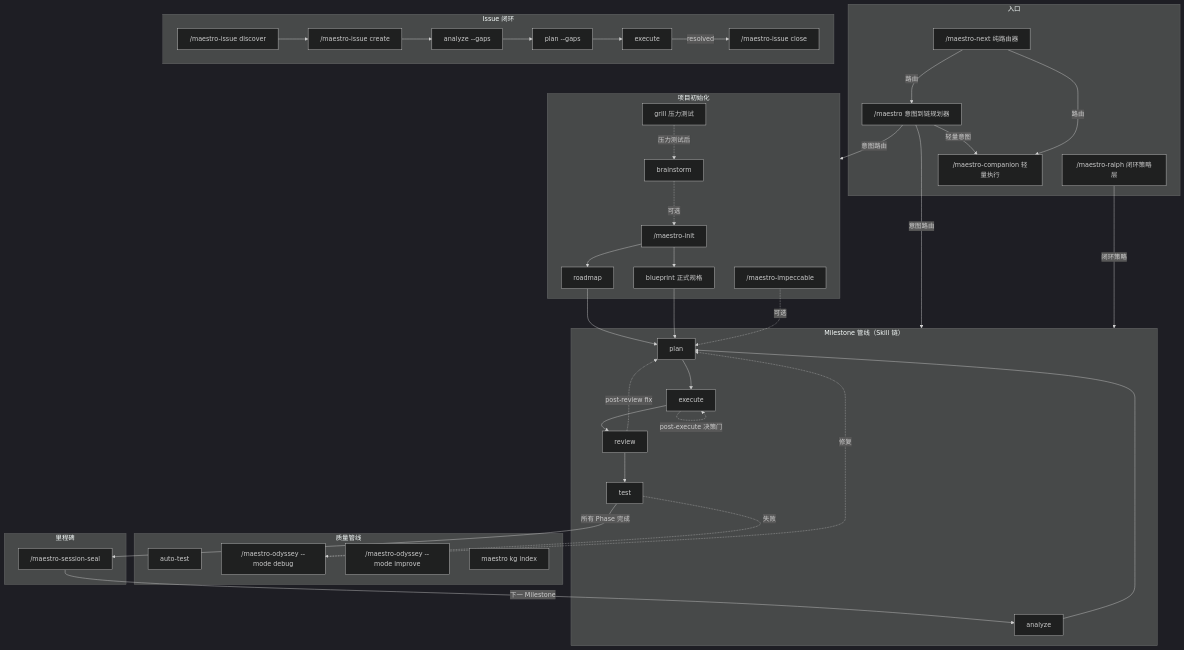
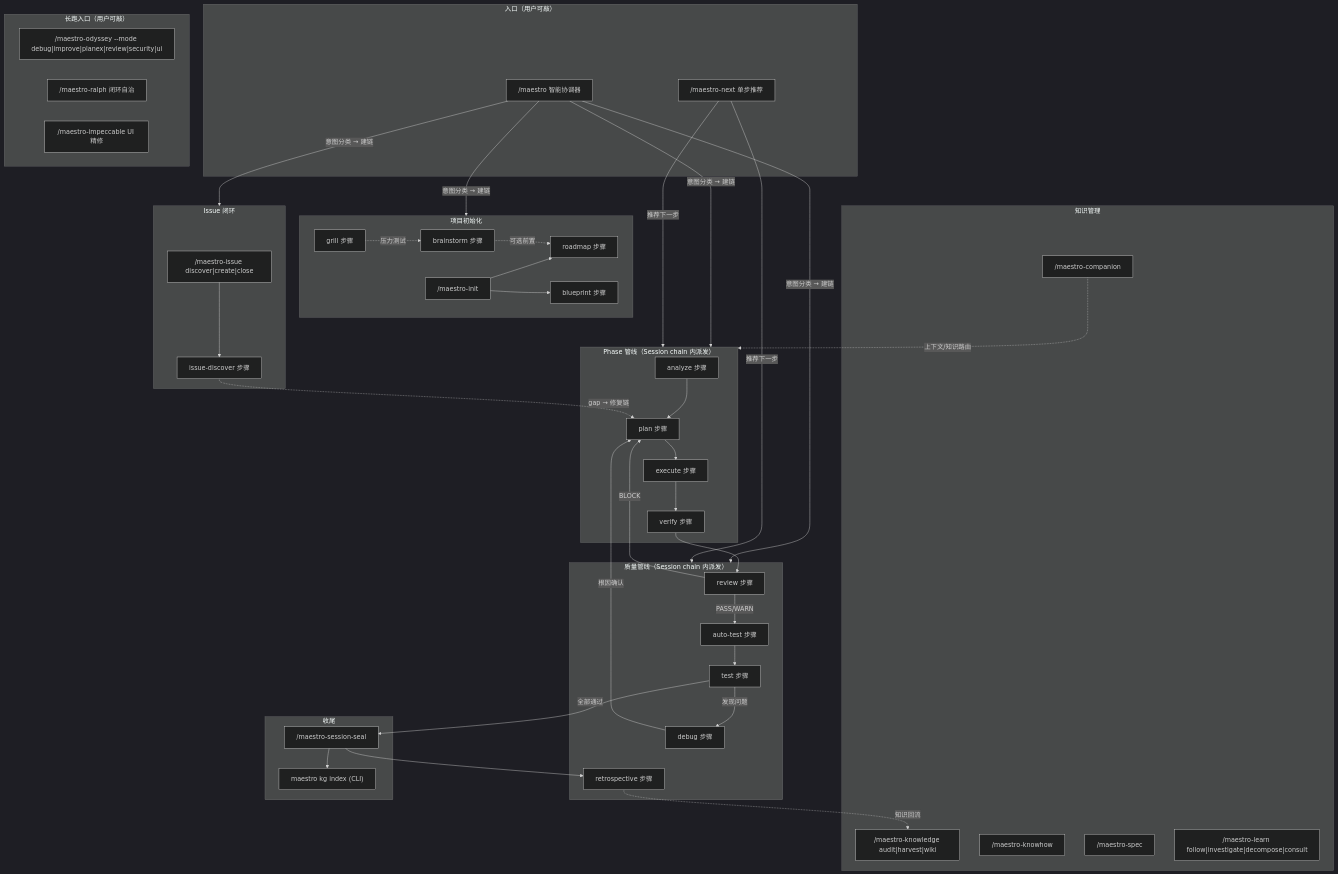
One commit to KatouRyuuji/maestro-flow changed the first of 2 diagrams in docs-site/src/content/docs/guides/command-usage-guide.md. Above: the diagram before and after it, drawn with Mermaid (dark theme). The commit also changed other lines of this file and 618 other files, not shown here.

````diff
--- a/docs-site/src/content/docs/guides/command-usage-guide.md
+++ b/docs-site/src/content/docs/guides/command-usage-guide.md
@@ -32,80 +29,81 @@
 ```mermaid
 graph TB
-    subgraph entry["入口"]
-        M["/maestro 意图到链规划器"]
-        RA["/maestro-ralph 闭环策略层"]
-        NX["/maestro-next 纯路由器"]
-        CP["/maestro-companion 轻量执行"]
+    subgraph entry["入口（用户可敲）"]
+        M["/maestro 智能协调器"]
+        NX["/maestro-next 单步推荐"]
     end
 
-    subgraph init["项目初始化"]
-        BS["brainstorm"]
-        GR["grill 压力测试"]
-        BP["blueprint 正式规格"]
-        INIT["/maestro-init"]
-        RM["roadmap"]
-        UID["/maestro-impeccable"]
+    subgraph campaign["长跑入口（用户可敲）"]
+        OD["/maestro-odyssey --mode debug|improve|planex|review|security|ui"]
+        RA["/maestro-ralph 闭环自治"]
+        IMP["/maestro-impeccable UI 精修"]
     end
 
-    subgraph pipeline["Milestone 管线（Skill 链）"]
-        AN["analyze"]
-        PL["plan"]
-        EX["execute"]
-        RV["review"]
-        TT["test"]
+    subgraph setup["项目初始化"]
+        INIT["/maestro-init"]
+        BSs["brainstorm 步骤"]
+        GRs["grill 步骤"]
+        RMs["roadmap 步骤"]
+        BPs["blueprint 步骤"]
     end
 
-    subgraph quality["质量管线"]
-        QAT["auto-test"]
-        QD["/maestro-odyssey --mode debug"]
-        QRF["/maestro-odyssey --mode improve"]
-        QS["maestro kg index"]
+    subgraph pipeline["Phase 管线（Session chain 内派发）"]
+        ANs["analyze 步骤"]
+        PLs["plan 步骤"]
+        EXs["execute 步骤"]
+        VFs["verify 步骤"]
+    end
+
+    subgraph quality["质量管线（Session chain 内派发）"]
+        RVs["review 步骤"]
+        ATs["auto-test 步骤"]
+        TSs["test 步骤"]
+        DBs["debug 步骤"]
+        RTs["retrospective 步骤"]
     end
 
     subgraph issue["Issue 闭环"]
-        ID["/maestro-issue discover"]
-        IC["/maestro-issue create"]
-        IA["analyze --gaps"]
-        IP["plan --gaps"]
-        IE["execute"]
-        ICL["/maestro-issue close"]
+        ISS["/maestro-issue discover|create|close"]
+        IDs["issue-discover 步骤"]
     end
 
-    subgraph milestone["里程碑"]
-        MA["/maestro-session-seal"]
+    subgraph knowledge["知识管理"]
+        CP["/maestro-companion"]
+        KN["/maestro-knowledge audit|harvest|wiki"]
+        KH["/maestro-knowhow"]
+        SP["/maestro-spec"]
+        LN["/maestro-learn follow|investigate|decompose|consult"]
     end
 
-    M -->|意图路由| init
-    M -->|意图路由| pipeline
-    M -->|轻量意图| CP
-    RA -->|闭环策略| pipeline
-    NX -->|路由| M
-    NX -->|路由| CP
-    GR -.->|压力测试后| BS
+    subgraph seal["收尾"]
+        SL["/maestro-session-seal"]
+        KGI["maestro kg index (CLI)"]
+    end
 
-    BS -.->|可选| INIT
-    INIT --> RM
-    INIT --> BP
-    RM --> PL
-    BP --> PL
-    UID -.->|可选| PL
+    M -->|意图分类 → 建链| setup
+    M -->|意图分类 → 建链| pipeline
+    M -->|意图分类 → 建链| quality
+    M -->|意图分类 → 建链| issue
+    NX -->|推荐下一步| pipeline
+    NX -->|推荐下一步| quality
 
-    AN --> PL
-    PL --> EX
-    EX --> RV
-    RV --> TT
-    TT -->|所有 Phase 完成| MA
+    INIT --> RMs
+    INIT --> BPs
+    BSs -.->|可选前置| RMs
+    GRs -.->|压力测试| BSs
 
-    EX -.->|"post-execute 决策门"| EX
-    RV -.->|"post-review fix"| PL
-    TT -.->|"失败"| QD
-    QD -.->|"修复"| PL
+    ANs --> PLs --> EXs --> VFs
+    VFs --> RVs
+    RVs -->|PASS/WARN| ATs --> TSs
+    RVs -->|BLOCK| PLs
+    TSs -->|发现问题| DBs
+    DBs -->|根因确认| PLs
+    ISS --> IDs
+    IDs -.->|gap → 修复链| PLs
 
-    ID --> IC
-    IC --> IA
-    IA --> IP
-    IP --> IE
-    IE -->|resolved| ICL
-
-    MA -->|下一 Milestone| AN
+    TSs -->|全部通过| SL
+    SL --> RTs
+    SL --> KGI
+    RTs -.->|知识回流| KN
+    CP -.->|上下文/知识路由| pipeline
 ```
````
